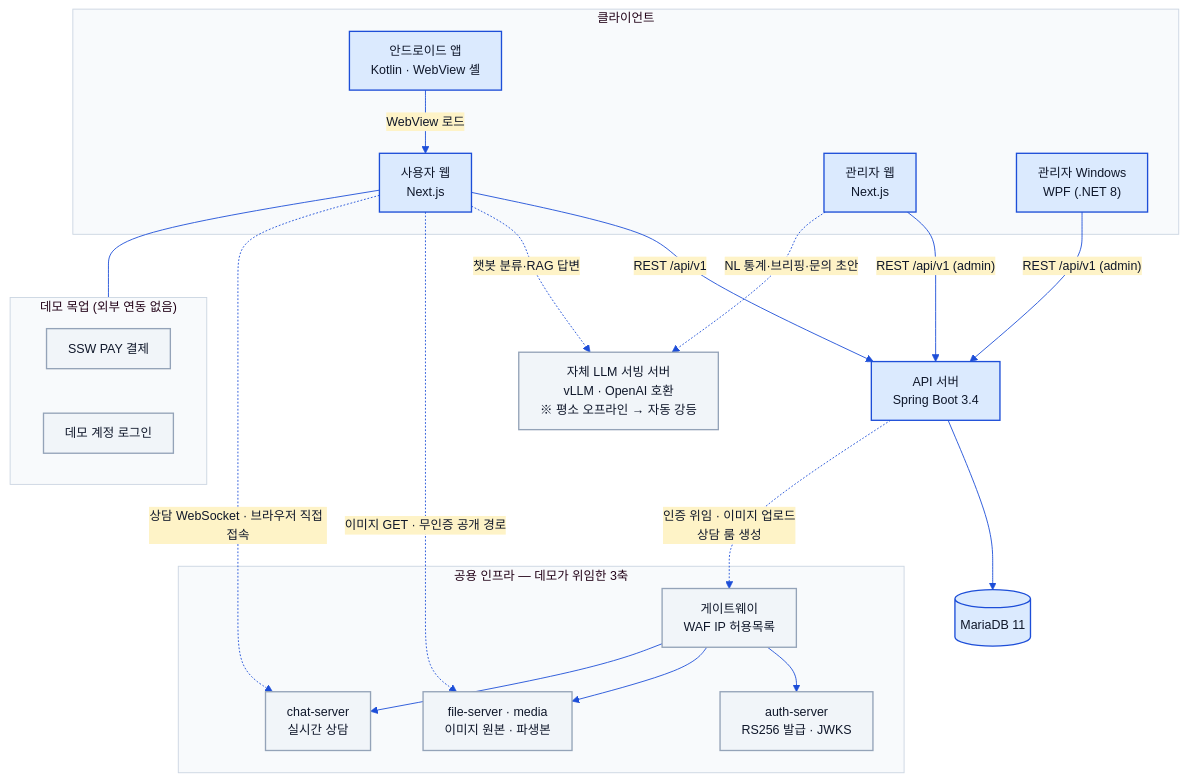
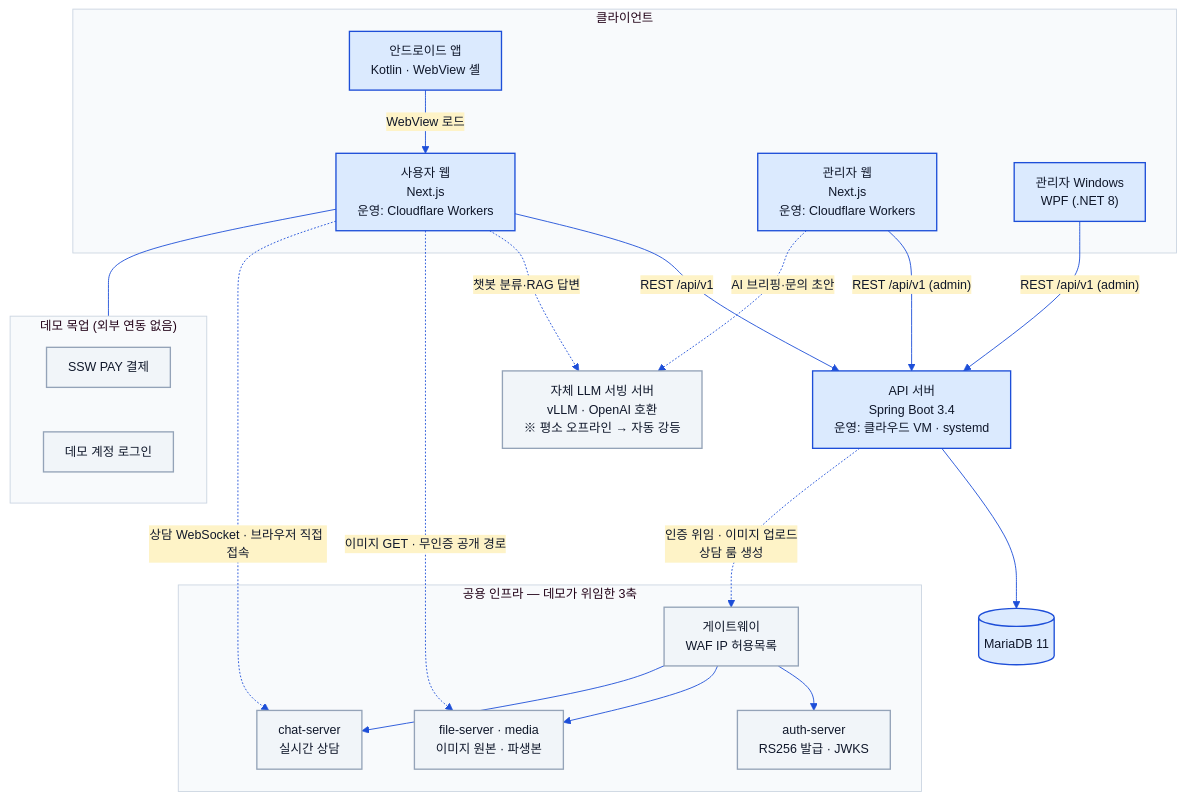
Before and after one commit to s-work-agency/ssw-e-commerce-demo-public: the first of 5 diagrams in README.md, drawn with Mermaid. The commit also changed other lines of this file and 11 other files, not shown here.

````diff
--- a/README.md
+++ b/README.md
@@ -16,49 +16,49 @@
 ```mermaid
 %%{init: {"theme":"base","fontFamily":"Pretendard, Malgun Gothic, sans-serif","themeVariables":{"fontSize":"14px","primaryColor":"#DBEAFE","primaryBorderColor":"#1D4ED8","primaryTextColor":"#0F172A","lineColor":"#1D4ED8","secondaryColor":"#FEF3C7","tertiaryColor":"#DCFCE7","clusterBkg":"#F8FAFC","clusterBorder":"#CBD5E1","noteBkgColor":"#FEF3C7","noteBorderColor":"#D97706","actorBkg":"#DBEAFE","actorBorder":"#1D4ED8","actorTextColor":"#0F172A","signalColor":"#1D4ED8","signalTextColor":"#0F172A","labelBoxBkgColor":"#DBEAFE","labelBoxBorderColor":"#1D4ED8","altSectionBkgColor":"#F8FAFC"},"flowchart":{"curve":"basis","htmlLabels":true,"padding":12}}}%%
 %% 공통 브랜드 테마 — architecture/*.md 전 다이어그램에 동일한 init 블록이 들어간다. 색을 바꿀 때는 이 폴더 전 파일을 일괄 치환할 것.
 graph TB
     subgraph clients["클라이언트"]
         android["안드로이드 앱<br/>Kotlin · WebView 셸"]
-        web["사용자 웹<br/>Next.js"]
-        adminweb["관리자 웹<br/>Next.js"]
+        web["사용자 웹<br/>Next.js<br/>운영: Cloudflare Workers"]
+        adminweb["관리자 웹<br/>Next.js<br/>운영: Cloudflare Workers"]
         wpf["관리자 Windows<br/>WPF (.NET 8)"]
     end
 
-    server["API 서버<br/>Spring Boot 3.4"]
+    server["API 서버<br/>Spring Boot 3.4<br/>운영: 클라우드 VM · systemd"]
     db[("MariaDB 11")]
     llm["자체 LLM 서빙 서버<br/>vLLM · OpenAI 호환<br/>※ 평소 오프라인 → 자동 강등"]
 
     subgraph infra["공용 인프라 — 데모가 위임한 3축"]
         gw["게이트웨이<br/>WAF IP 허용목록"]
         auth["auth-server<br/>RS256 발급 · JWKS"]
         file["file-server · media<br/>이미지 원본 · 파생본"]
         chat["chat-server<br/>실시간 상담"]
         gw --> auth
         gw --> file
         gw --> chat
     end
 
     android -->|"WebView 로드"| web
     web -->|"REST /api/v1"| server
     adminweb -->|"REST /api/v1 (admin)"| server
     wpf -->|"REST /api/v1 (admin)"| server
     server --> db
 
     web -.->|"챗봇 분류·RAG 답변"| llm
-    adminweb -.->|"NL 통계·브리핑·문의 초안"| llm
+    adminweb -.->|"AI 브리핑·문의 초안"| llm
 
     server -.->|"인증 위임 · 이미지 업로드<br/>상담 룸 생성"| gw
     web -.->|"이미지 GET · 무인증 공개 경로"| file
     web -.->|"상담 WebSocket · 브라우저 직접 접속"| chat
 
     subgraph mocks["데모 목업 (외부 연동 없음)"]
         pay["SSW PAY 결제"]
         login["데모 계정 로그인"]
     end
     web --- mocks
 
     classDef step fill:#DBEAFE,stroke:#1D4ED8,stroke-width:1.5px,color:#0F172A
     classDef ext fill:#F1F5F9,stroke:#94A3B8,stroke-width:1.5px,color:#0F172A
     class android,web,adminweb,wpf,server,db step
     class gw,auth,file,chat,llm,pay,login ext
 ```
````
